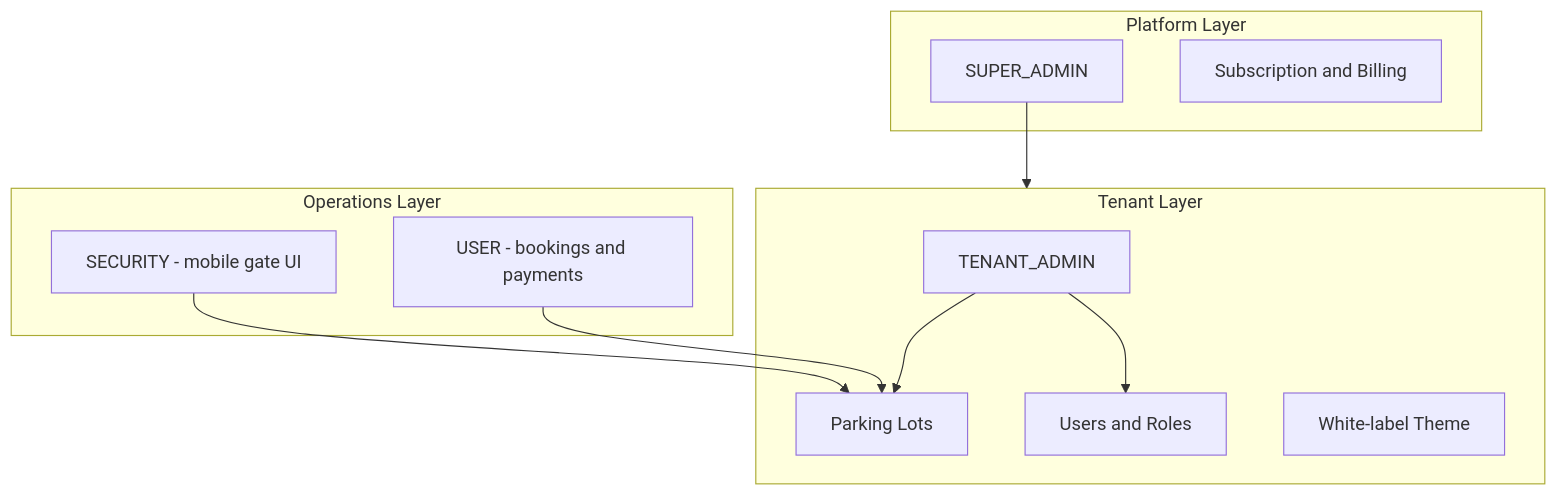
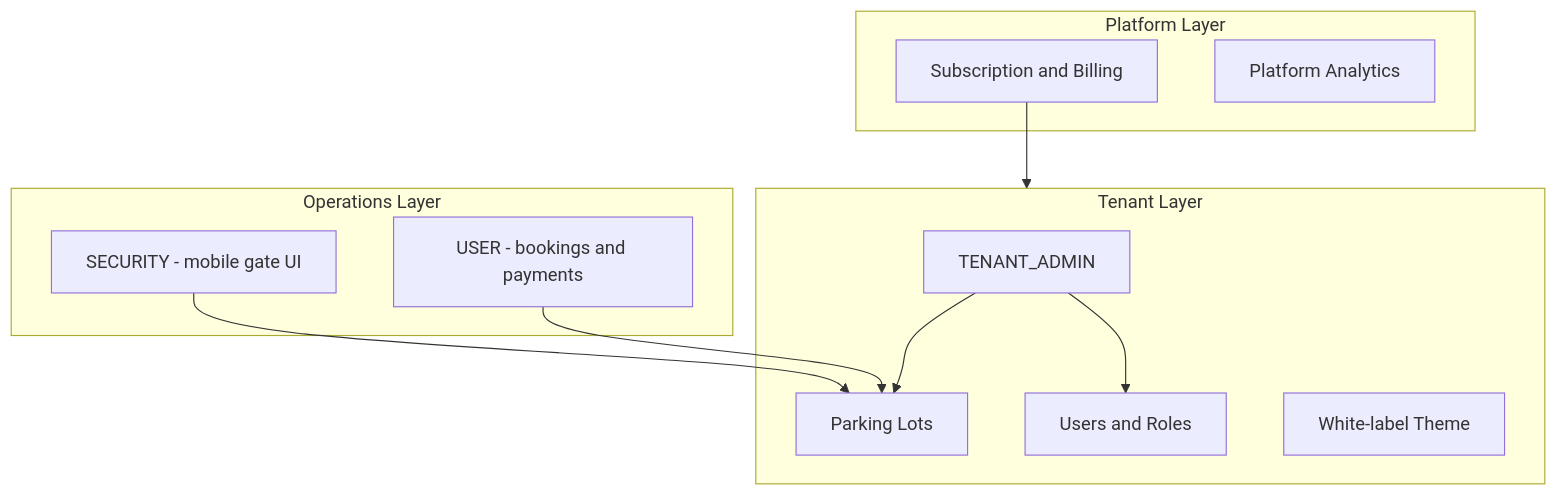
One commit to imkpk/smart-parking-system changed the diagram in docs/project-plan/02-architecture.md. Above: the diagram before and after it, drawn with Mermaid. The commit also changed other lines of this file and 10 other files, not shown here.

````diff
--- a/docs/project-plan/02-architecture.md
+++ b/docs/project-plan/02-architecture.md
@@ -5,25 +5,25 @@
 ```mermaid
 flowchart TB
     subgraph platform [Platform Layer]
-        SA[SUPER_ADMIN]
         Billing[Subscription and Billing]
+        Analytics[Platform Analytics]
     end
 
     subgraph tenant [Tenant Layer]
         TA[TENANT_ADMIN]
         Lots[Parking Lots]
         Users[Users and Roles]
         Theme[White-label Theme]
     end
 
     subgraph ops [Operations Layer]
         SEC[SECURITY - mobile gate UI]
         USER[USER - bookings and payments]
     end
 
-    SA --> tenant
+    Billing --> tenant
     TA --> Lots
     TA --> Users
     SEC --> Lots
     USER --> Lots
 ```
````
